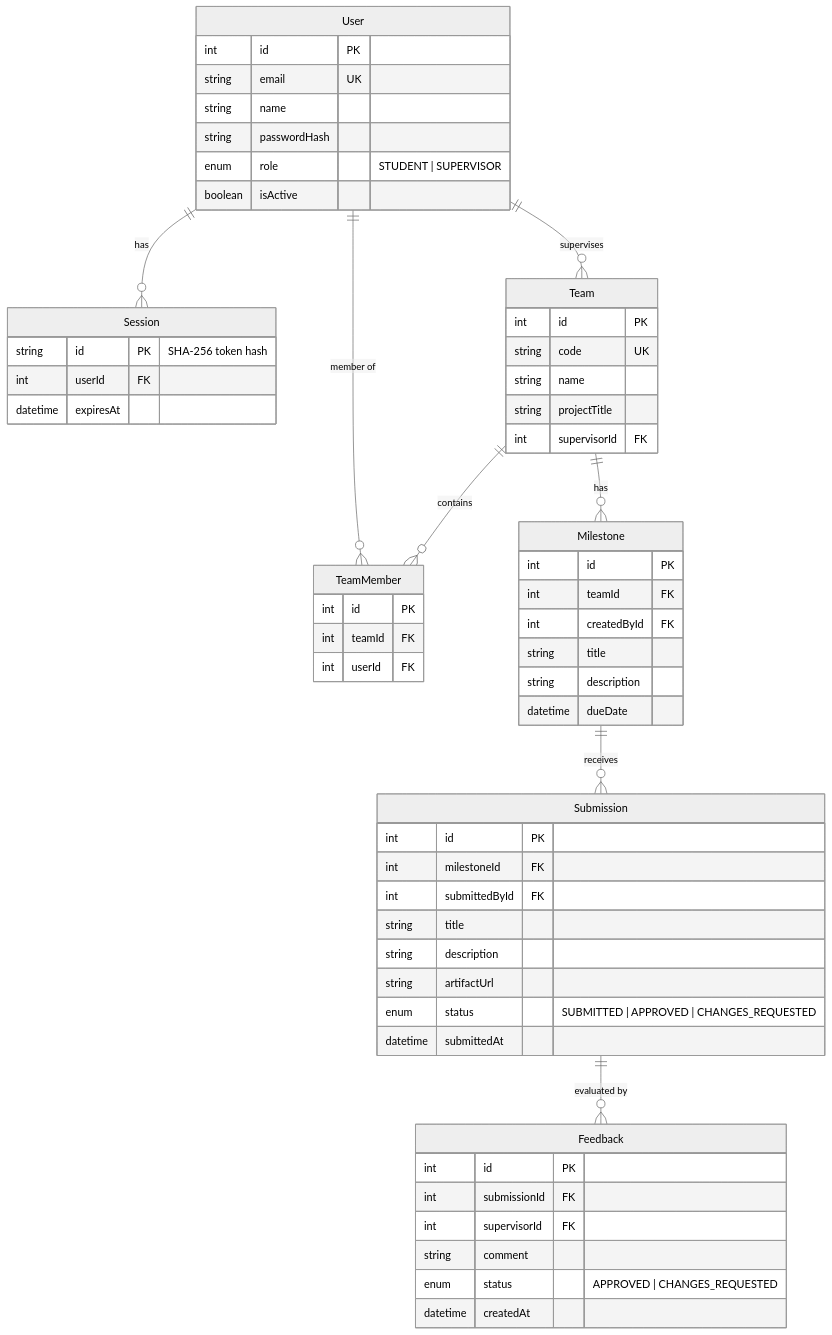
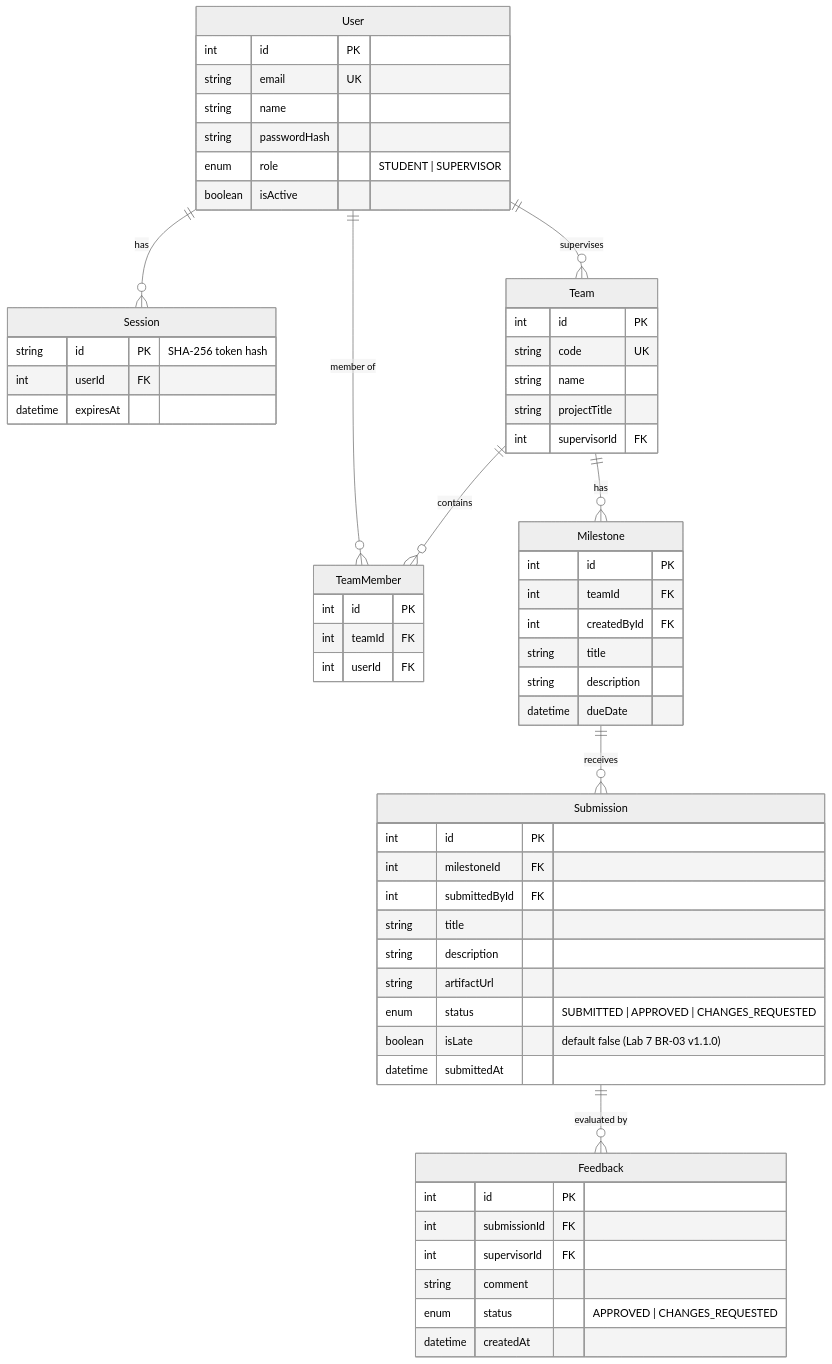
One commit to JinggXd/course-project-sprintDUO changed the second of 2 diagrams in docs/system-sds.md. Above: the diagram before and after it, drawn with Mermaid (neutral theme). The commit also changed other lines of this file and 4 other files, not shown here.

````diff
--- a/docs/system-sds.md
+++ b/docs/system-sds.md
@@ -23,62 +23,63 @@
 ```mermaid
 erDiagram
     User ||--o{ Session : "has"
     User ||--o{ Team : "supervises"
     User ||--o{ TeamMember : "member of"
     Team ||--o{ TeamMember : "contains"
     Team ||--o{ Milestone : "has"
     Milestone ||--o{ Submission : "receives"
     Submission ||--o{ Feedback : "evaluated by"
 
     User {
         int id PK
         string email UK
         string name
         string passwordHash
         enum role "STUDENT | SUPERVISOR"
         boolean isActive
     }
     Session {
         string id PK "SHA-256 token hash"
         int userId FK
         datetime expiresAt
     }
     Team {
         int id PK
         string code UK
         string name
         string projectTitle
         int supervisorId FK
     }
     TeamMember {
         int id PK
         int teamId FK
         int userId FK
     }
     Milestone {
         int id PK
         int teamId FK
         int createdById FK
         string title
         string description
         datetime dueDate
     }
     Submission {
         int id PK
         int milestoneId FK
         int submittedById FK
         string title
         string description
         string artifactUrl
         enum status "SUBMITTED | APPROVED | CHANGES_REQUESTED"
+        boolean isLate "default false (Lab 7 BR-03 v1.1.0)"
         datetime submittedAt
     }
     Feedback {
         int id PK
         int submissionId FK
         int supervisorId FK
         string comment
         enum status "APPROVED | CHANGES_REQUESTED"
         datetime createdAt
     }
 ```
````
